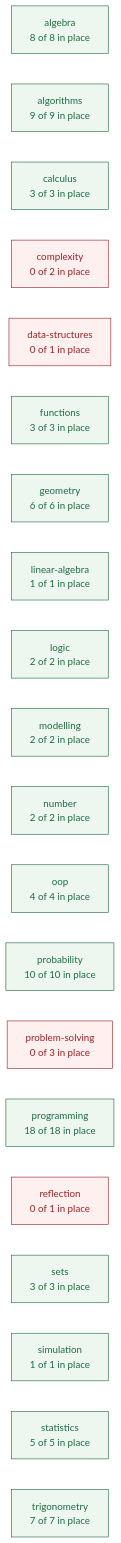
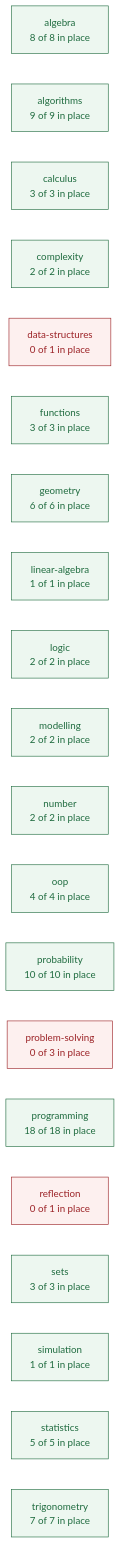
One commit to deweydex/dewlab changed the first of 3 diagrams in planning/CURRICULUM_MAP.md. Above: the diagram before and after it, drawn with Mermaid. The commit also changed other lines of this file and 8 other files, not shown here.

````diff
--- a/planning/CURRICULUM_MAP.md
+++ b/planning/CURRICULUM_MAP.md
@@ -52,29 +52,29 @@
 ```mermaid
 graph LR
   algebra["algebra<br/>8 of 8 in place"]
   algorithms["algorithms<br/>9 of 9 in place"]
   calculus["calculus<br/>3 of 3 in place"]
-  complexity["complexity<br/>0 of 2 in place"]
+  complexity["complexity<br/>2 of 2 in place"]
   data_structures["data-structures<br/>0 of 1 in place"]
   functions["functions<br/>3 of 3 in place"]
   geometry["geometry<br/>6 of 6 in place"]
   linear_algebra["linear-algebra<br/>1 of 1 in place"]
   logic["logic<br/>2 of 2 in place"]
   modelling["modelling<br/>2 of 2 in place"]
   number["number<br/>2 of 2 in place"]
   oop["oop<br/>4 of 4 in place"]
   probability["probability<br/>10 of 10 in place"]
   problem_solving["problem-solving<br/>0 of 3 in place"]
   programming["programming<br/>18 of 18 in place"]
   reflection["reflection<br/>0 of 1 in place"]
   sets["sets<br/>3 of 3 in place"]
   simulation["simulation<br/>1 of 1 in place"]
   statistics["statistics<br/>5 of 5 in place"]
   trigonometry["trigonometry<br/>7 of 7 in place"]
 
   classDef full fill:#edf7f0,stroke:#1f6b3f,color:#1f6b3f;
   classDef part fill:#fdf6ec,stroke:#b5651d,color:#7a4310;
   classDef none fill:#fdf0ef,stroke:#9b2226,color:#9b2226;
-  class algebra,algorithms,calculus,functions,geometry,linear_algebra,logic,modelling,number,oop,probability,programming,sets,simulation,statistics,trigonometry full;
-  class complexity,data_structures,problem_solving,reflection none;
+  class algebra,algorithms,calculus,complexity,functions,geometry,linear_algebra,logic,modelling,number,oop,probability,programming,sets,simulation,statistics,trigonometry full;
+  class data_structures,problem_solving,reflection none;
 ```
````
